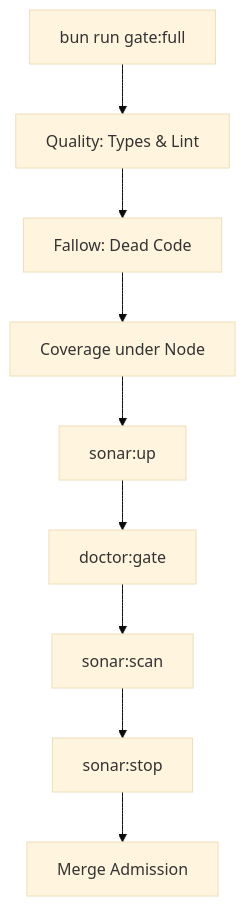
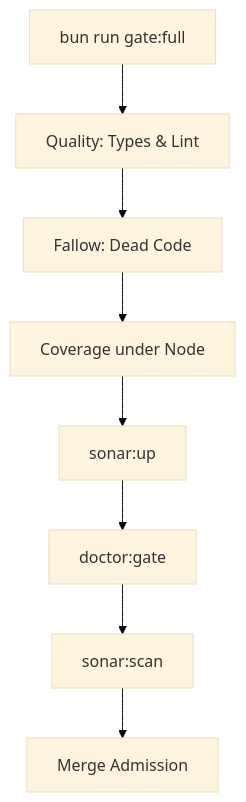
Before and after one commit to immagiov4/Nous: the first of 2 diagrams in .cubic/wiki/09-section-tools/02-p-testing-quality.md, drawn with Mermaid (base theme). The commit also changed other lines of this file and 5 other files, not shown here.

````diff
--- a/.cubic/wiki/09-section-tools/02-p-testing-quality.md
+++ b/.cubic/wiki/09-section-tools/02-p-testing-quality.md
@@ -60,11 +60,10 @@
 ```mermaid
 flowchart TD
     Start[bun run gate:full] --> Q[Quality: Types & Lint]
     Q --> F[Fallow: Dead Code]
     F --> Cov[Coverage under Node]
     Cov --> Up[sonar:up]
     Up --> Preflight[doctor:gate]
     Preflight --> Sonar[sonar:scan]
-    Sonar --> Stop[sonar:stop]
-    Stop --> End[Merge Admission]
+    Sonar --> End[Merge Admission]
 ```
````
